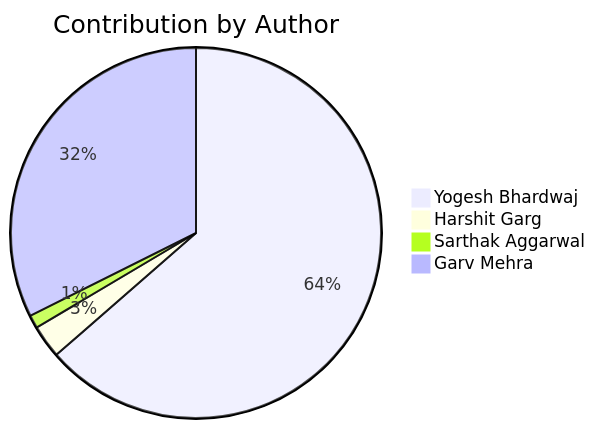
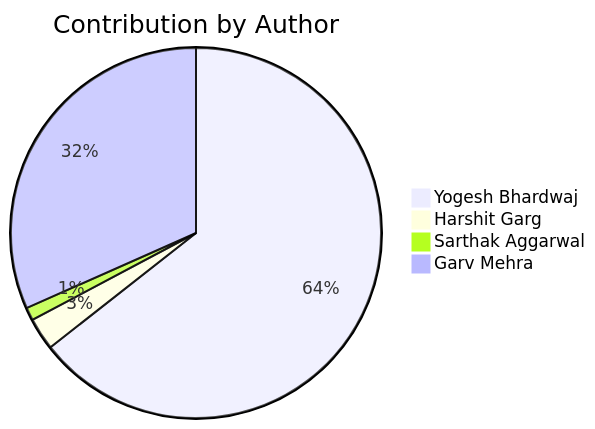
One commit to Yogesh-Bhardwaj-hue/Scm-Final_2.0 changed the second of 2 diagrams in README.md. Above: the diagram before and after it, drawn with Mermaid. The commit also changed other lines of this file, not shown here.

Commit message:
Update contribution charts

````diff
--- a/README.md
+++ b/README.md
@@ -192,7 +192,7 @@
 ```mermaid
 pie title Contribution by Author
-    "Yogesh Bhardwaj": 110
+    "Yogesh Bhardwaj": 114
     "Harshit Garg": 5
     "Sarthak Aggarwal": 2
     "Garv Mehra": 56
 ```
````
